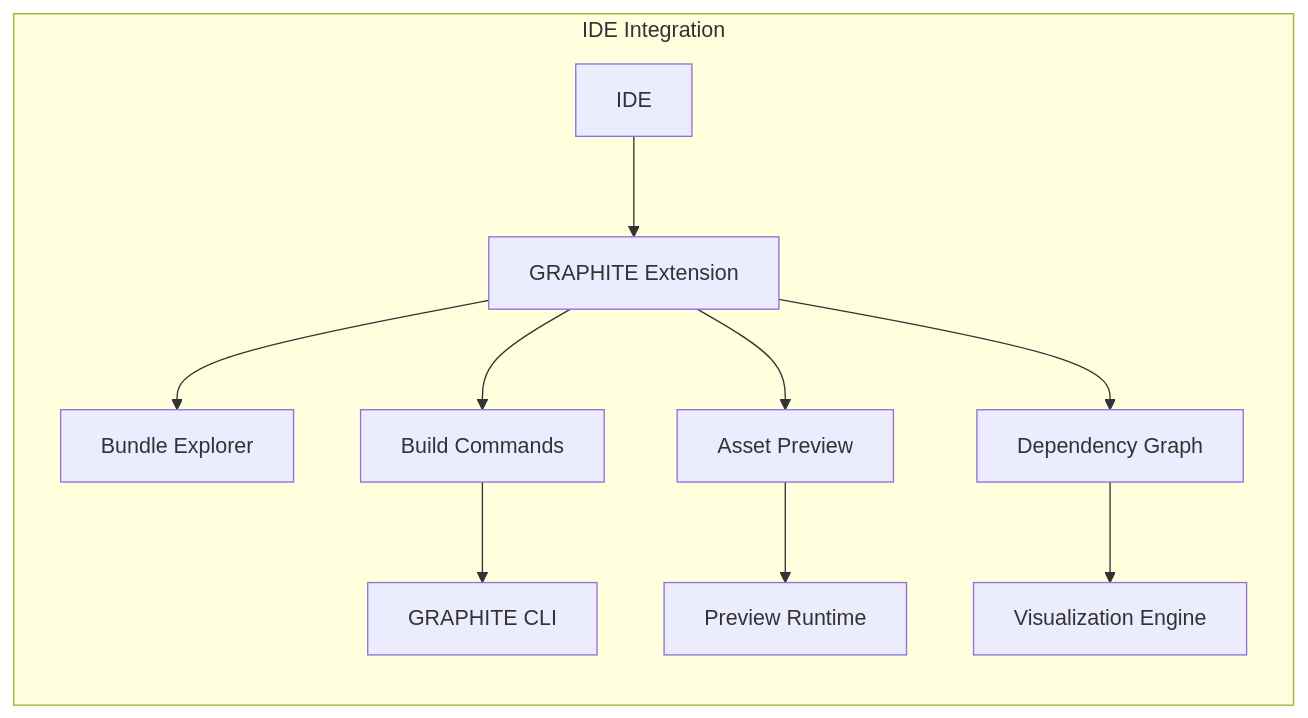
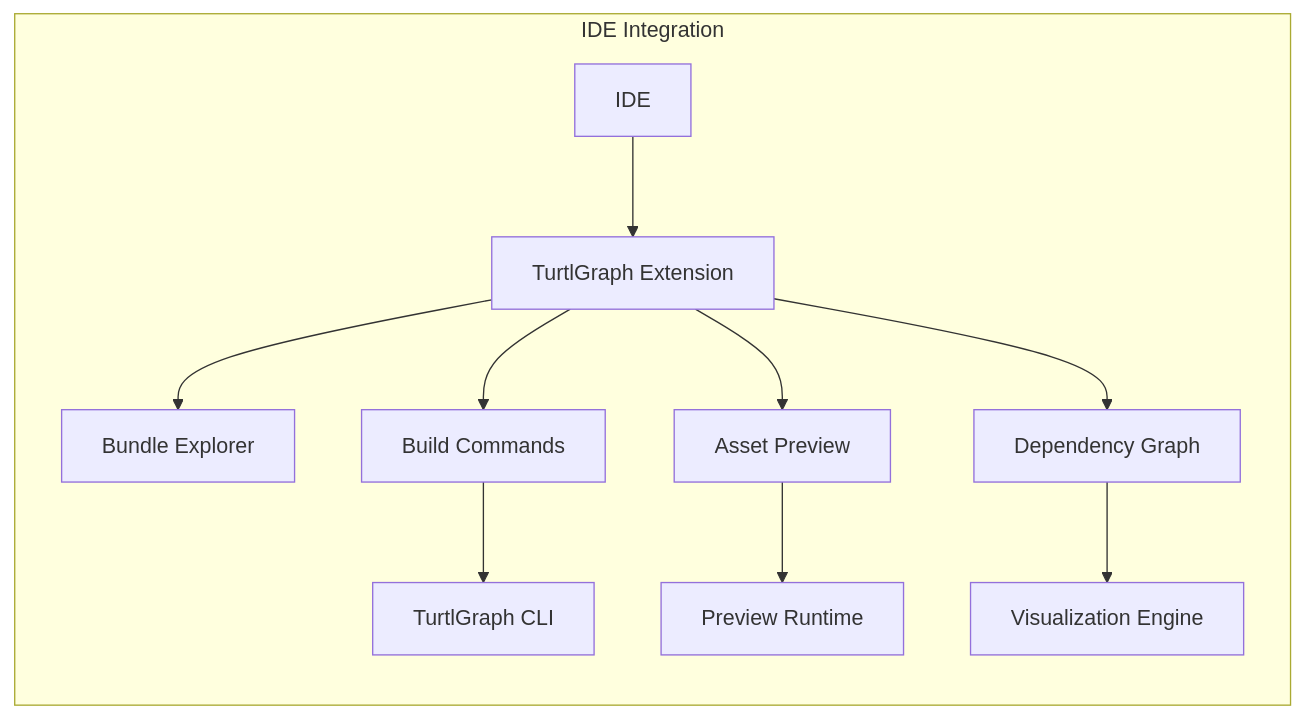
The second of 6 diagrams in volumes/volume-3-advanced-systems/part-11-ecosystem-future.md (turtlgraph/docs), drawn with Mermaid before and after one commit. The commit also changed other lines of this file and 10 other files, not shown here.

First line of the commit message:
docs: Replace all GRAPHITE references with TurtlGraph/HyperDAG

````diff
--- a/volumes/volume-3-advanced-systems/part-11-ecosystem-future.md
+++ b/volumes/volume-3-advanced-systems/part-11-ecosystem-future.md
@@ -162,14 +162,14 @@
 ```mermaid
 graph LR
     subgraph "IDE Integration"
-        IDE[IDE] --> EXT[GRAPHITE Extension]
+        IDE[IDE] --> EXT[TurtlGraph Extension]
         EXT --> EXPLORER[Bundle Explorer]
         EXT --> GRAPH[Dependency Graph]
         EXT --> PREVIEW[Asset Preview]
         EXT --> BUILD[Build Commands]
         
-        BUILD --> CLI[GRAPHITE CLI]
+        BUILD --> CLI[TurtlGraph CLI]
         PREVIEW --> RUNTIME[Preview Runtime]
         GRAPH --> VIS[Visualization Engine]
     end
 ```
````
